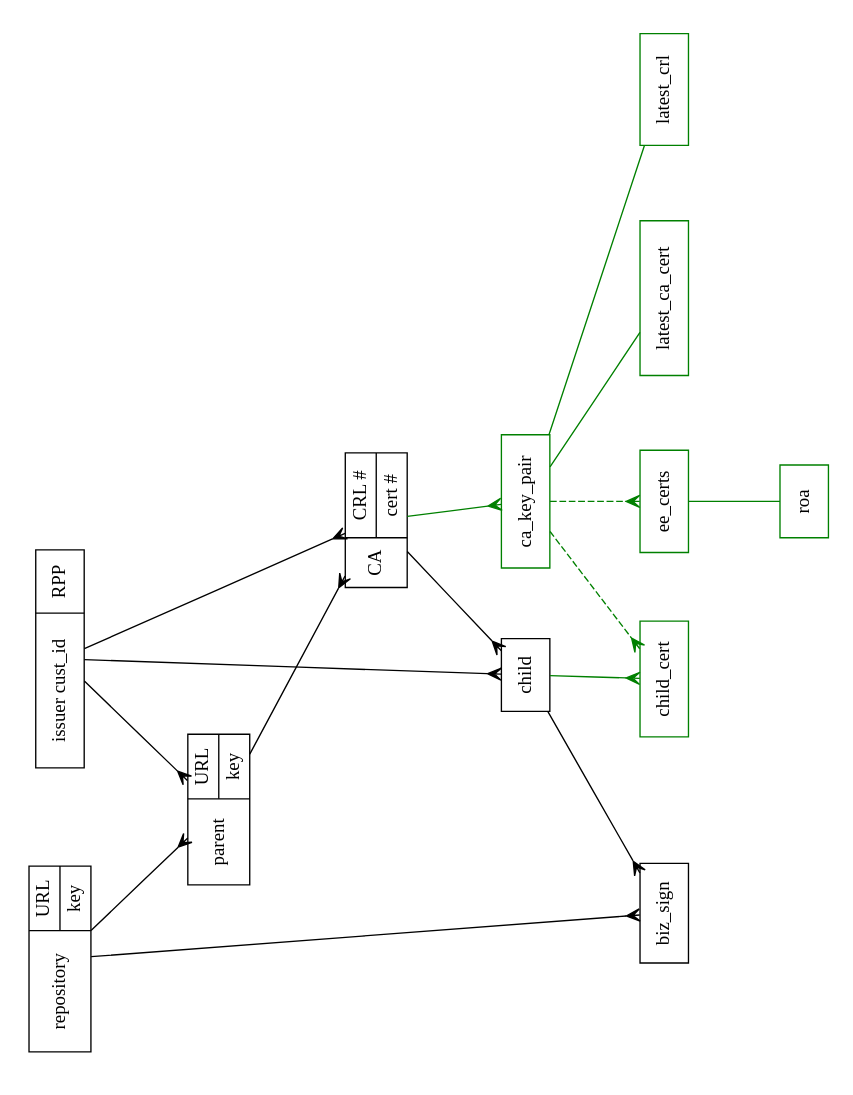
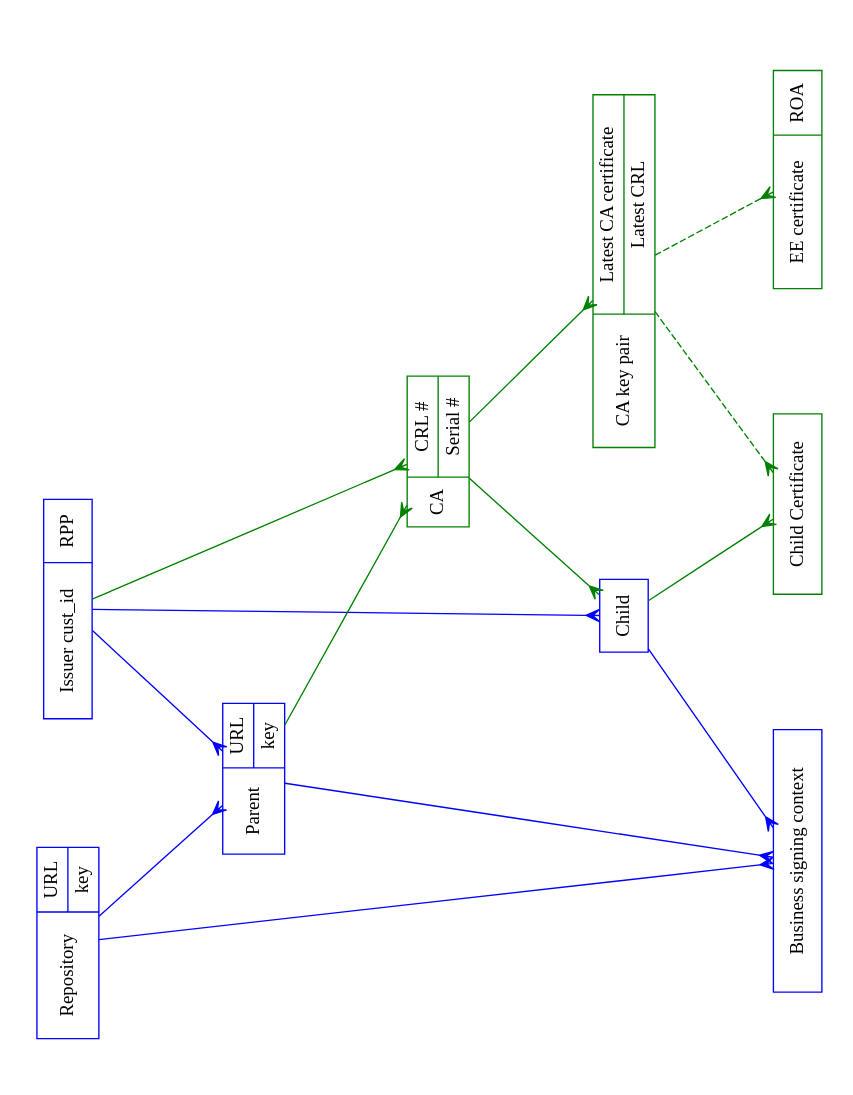
One commit to dragonresearch/rpki.net changed the diagram in docs/whiteboard-object-model.dot. Above: the diagram before and after it, drawn with Graphviz. The commit also changed 1 other file, not shown here.

```diff
--- a/docs/whiteboard-object-model.dot
+++ b/docs/whiteboard-object-model.dot
@@ -1,66 +1,60 @@
 // $Id$
 
 // This is an attempt to capture
 // http://subvert-rpki.hactrn.net/docs/prague-whiteboard-2007-03-22-23:15:01.jpg
 
 // {arrowhead,arrowtail} shapes to use for database object relationships:
 //   1-  none
 //   m-  crow
+// Color code:
+//   Blue:  visible in left-right protocol
+//   Green: created on the fly
 
 digraph gsstsig_systems {
 	rotate=90;	size="11,8.5";	splines=true;	ratio=fill;
-
-	node [ shape=record ];
+	node		[ shape=record ];
 
 	// Objects visible in left-to-right protocol
-	node	[ color=black ];
-	issuer	[ label="issuer cust_id|{RPP}" ];
-	parent	[ label="parent|{URL|key}" ];
-	repo	[ label="repository|{URL|key}" ];
-	ca	[ label="CA|{CRL #|cert #}" ];
-	child;
-	biz_sign;
+	node		[ color=blue ];
+	issuer		[ label="Issuer cust_id|{RPP}" ];
+	parent		[ label="Parent|{URL|key}" ];
+	repo		[ label="Repository|{URL|key}" ];
+	child		[ label="Child" ];
+	biz_sign	[ label="Business signing context" ];
 
 	// Objects created on the fly by the RPKI engine
-	node	[ color=green ];
-	child_cert;
-	ca_key_pair;
-	ee_certs;
-	roa;
-	latest_ca_cert;
-	latest_crl;
+	node		[ color=green ];
+	ca		[ label="CA|{CRL #|Serial #}" ];
+	child_cert	[ label="Child Certificate" ];
+	ee_cert		[ label="EE certificate|{ROA}" ];
+	ca_key_pair	[ label="CA key pair|{Latest CA certificate|Latest CRL}" ];
 
 	// One-many mappings
-	edge [ color=black, arrowtail=none, arrowhead=crow ];
+	edge [ color=blue, arrowtail=none, arrowhead=crow ];
 	child -> biz_sign;
-	issuer -> ca;
 	issuer -> child;
 	issuer -> parent;
-	parent -> ca;
+	parent -> biz_sign;
 	repo -> biz_sign;
 	repo -> parent;
 
 	// Many-many mappings
-	edge [ color=black, arrowtail=crow, arrowhead=crow ];
+	edge [ color=green, arrowtail=crow, arrowhead=crow ];
 	ca -> child;
 
 	// One-many mappings
 	edge [ color=green, arrowtail=none, arrowhead=crow ];
 	ca -> ca_key_pair;
 	child -> child_cert;
-
-	// One-one mappings
-	edge [ color=green, arrowtail=none, arrowhead=none ];
-	ca_key_pair -> latest_ca_cert;
-	ca_key_pair -> latest_crl;
-	ee_certs -> roa;
+	issuer -> ca;
+	parent -> ca;
 
 	// Weird one-many
 	edge [ color=green, arrowtail=none, arrowhead=crow, style=dashed ];
 	ca_key_pair -> child_cert;
-	ca_key_pair -> ee_certs;
+	ca_key_pair -> ee_cert;
 }
 
 // Local Variables:
 // compile-command: "neato -Tps2 whiteboard-object-model.dot | ps2pdf - whiteboard-object-model.pdf"
 // End:
```
